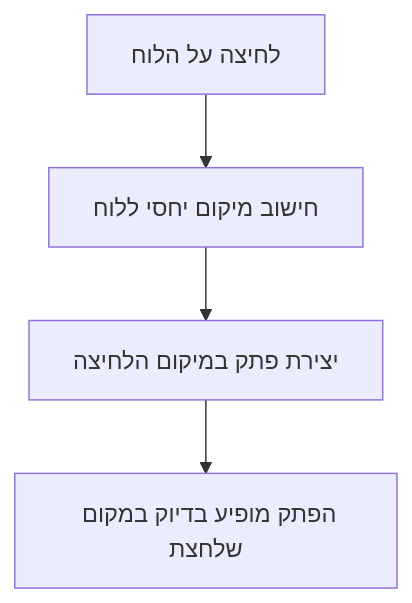
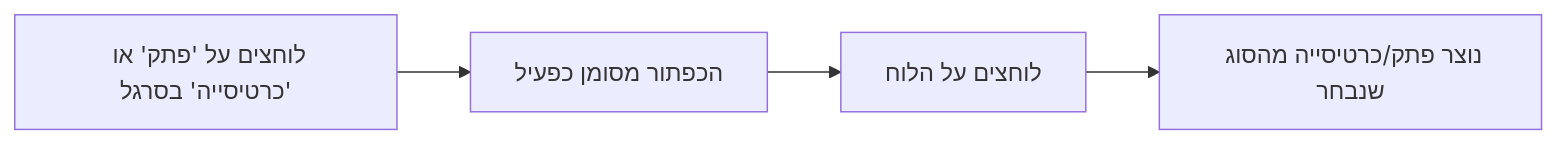
One commit to ran09-2020/sticky changed the diagram in PLAN.md. Above: the diagram before and after it, drawn with Mermaid. The commit also changed other lines of this file and 2 other files, not shown here.

````diff
--- a/PLAN.md
+++ b/PLAN.md
@@ -30,6 +5,6 @@
 ```mermaid
-flowchart TD
-    A[לחיצה על הלוח] --> B[חישוב מיקום יחסי ללוח]
-    B --> C[יצירת פתק במיקום הלחיצה]
-    C --> D[הפתק מופיע בדיוק במקום שלחצת]
+flowchart LR
+    A[לוחצים על 'פתק' או 'כרטיסייה' בסרגל] --> B[הכפתור מסומן כפעיל]
+    B --> C[לוחצים על הלוח]
+    C --> D[נוצר פתק/כרטיסייה מהסוג שנבחר]
 ```
````
